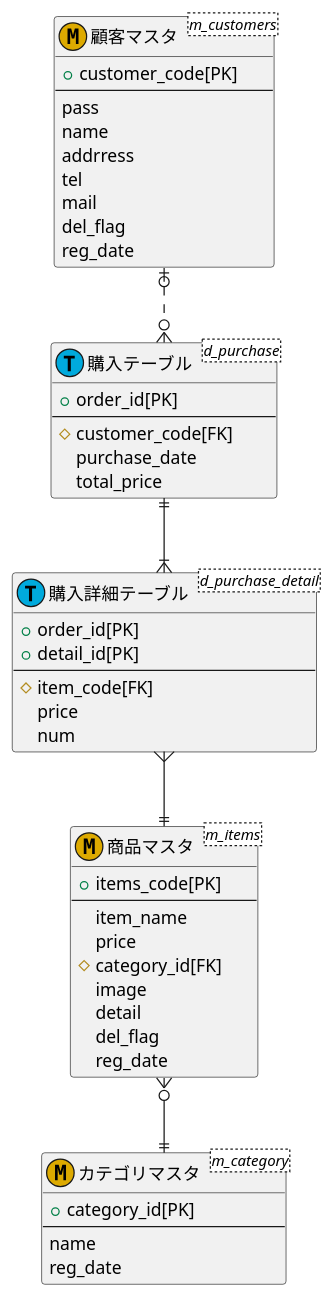
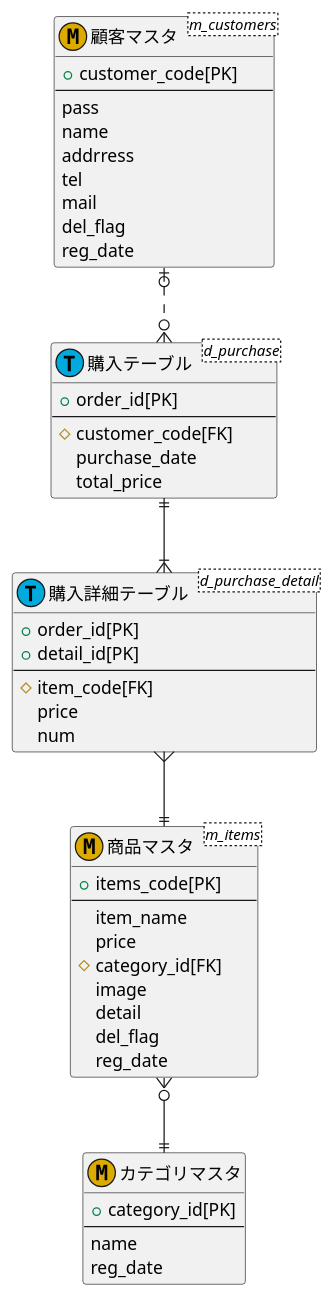
One commit to Aso2001022/2021sys-design changed the diagram in kadai23.md. Above: the diagram before and after it, drawn with PlantUML.

````diff
--- a/kadai23.md
+++ b/kadai23.md
@@ -1,56 +1,56 @@
 ```puml
 @startuml
 entity "顧客マスタ" <m_customers><<M,DDAA00>>{
   +customer_code[PK]
   --
   pass
   name
   addrress
   tel
   mail
   del_flag
   reg_date
   }
   
   entity "購入テーブル"<d_purchase><<T,00AADD>>{
   +order_id[PK]
   --
   # customer_code[FK]
   purchase_date
   total_price
   }
   
   entity "購入詳細テーブル" <d_purchase_detail><<T,00AADD>> {
   +order_id[PK]
   +detail_id[PK]
   --
   # item_code[FK]
   price
   num
   }
   
   entity "商品マスタ"<m_items><<M,DDAA00>> {
   +items_code[PK]
   --
   item_name
   price
   # category_id[FK]
   image
   detail
   del_flag
   reg_date
   }
   
-  entity "カテゴリマスタ" <m_category><<M,DDAA00>> {
+  entity "カテゴリマスタ" <<M,DDAA00>> {
 +category_id[PK]
 --
 name
 reg_date
 }
 
 顧客マスタ |o..o{ 購入テーブル 
 購入テーブル ||--|{ 購入詳細テーブル
 購入詳細テーブル }--|| 商品マスタ
 商品マスタ }o--|| カテゴリマスタ
 @enduml
 ```
````
